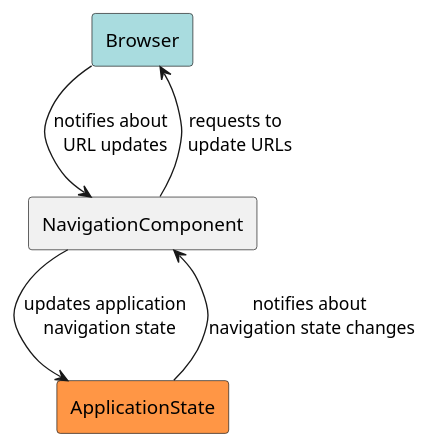
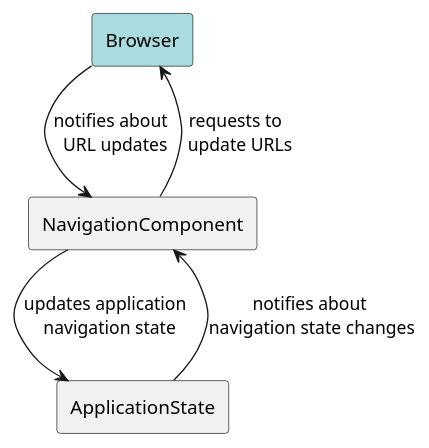
The diagram in metrics/web/docs/features/deep_links/diagrams/custom_approach_component_diagram.puml (Flank/flank-dashboard), drawn with PlantUML before and after one commit. The commit also changed 2 other files, not shown here.

```diff
--- a/metrics/web/docs/features/deep_links/diagrams/custom_approach_component_diagram.puml
+++ b/metrics/web/docs/features/deep_links/diagrams/custom_approach_component_diagram.puml
@@ -1,14 +1,13 @@
-@startuml
+@startuml custom_approach_component_diagram
+
 skinparam componentStyle rectangle
 
 component Browser #A9DCDF
+component NavigationComponent
+component ApplicationState
 
-component NavigationComponent
-
-component ApplicationState #ff9645
-
-Browser --> NavigationComponent : "notifies about \n URL updates"
-NavigationComponent --> Browser : "requests to \n update URLs"
-ApplicationState --> NavigationComponent : "notifies about \nnavigation state changes"
-NavigationComponent --> ApplicationState : "updates application \n navigation state"
+Browser --> NavigationComponent : notifies about \n URL updates
+NavigationComponent --> Browser : requests to \n update URLs
+ApplicationState --> NavigationComponent : notifies about \nnavigation state changes
+NavigationComponent --> ApplicationState : updates application \n navigation state
 @enduml
```
